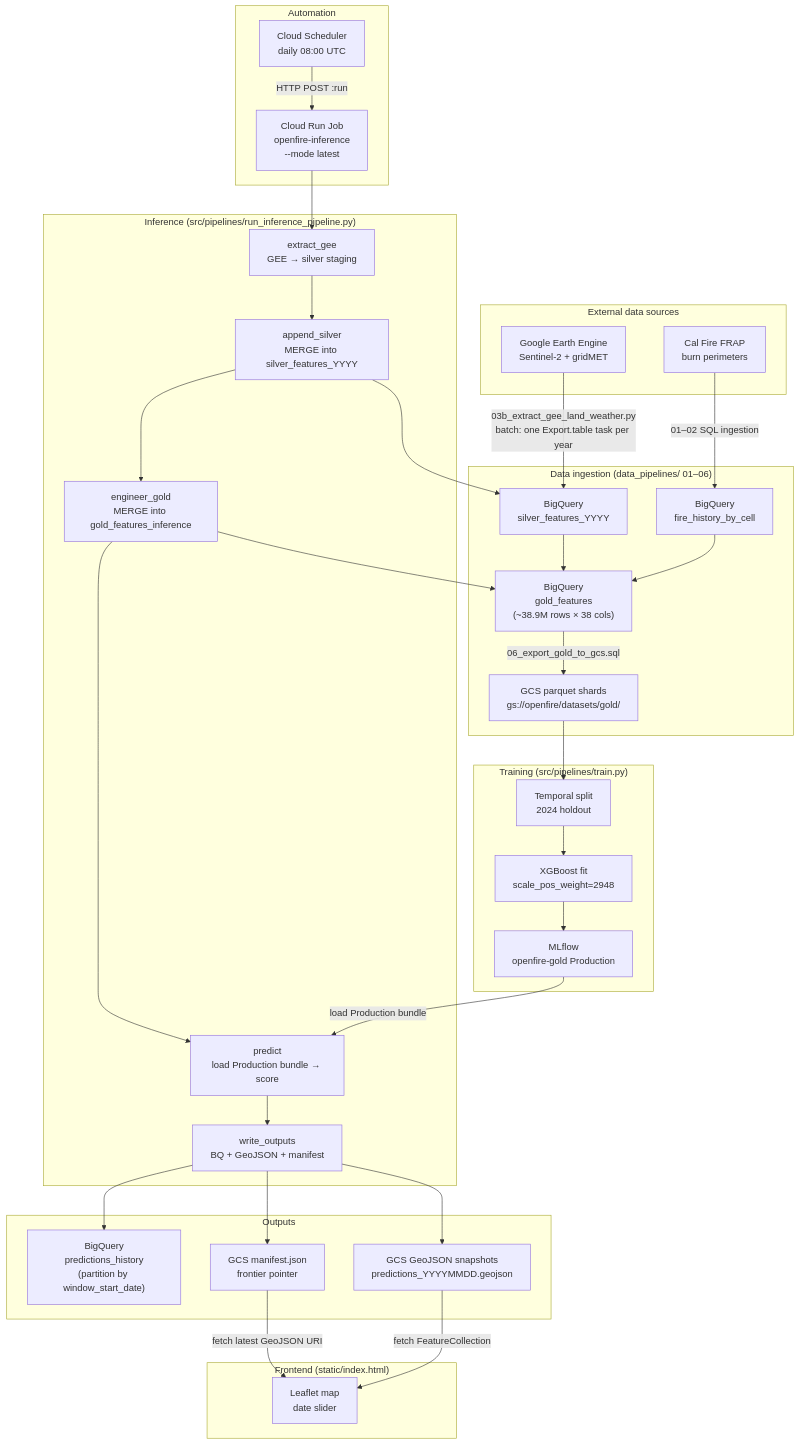
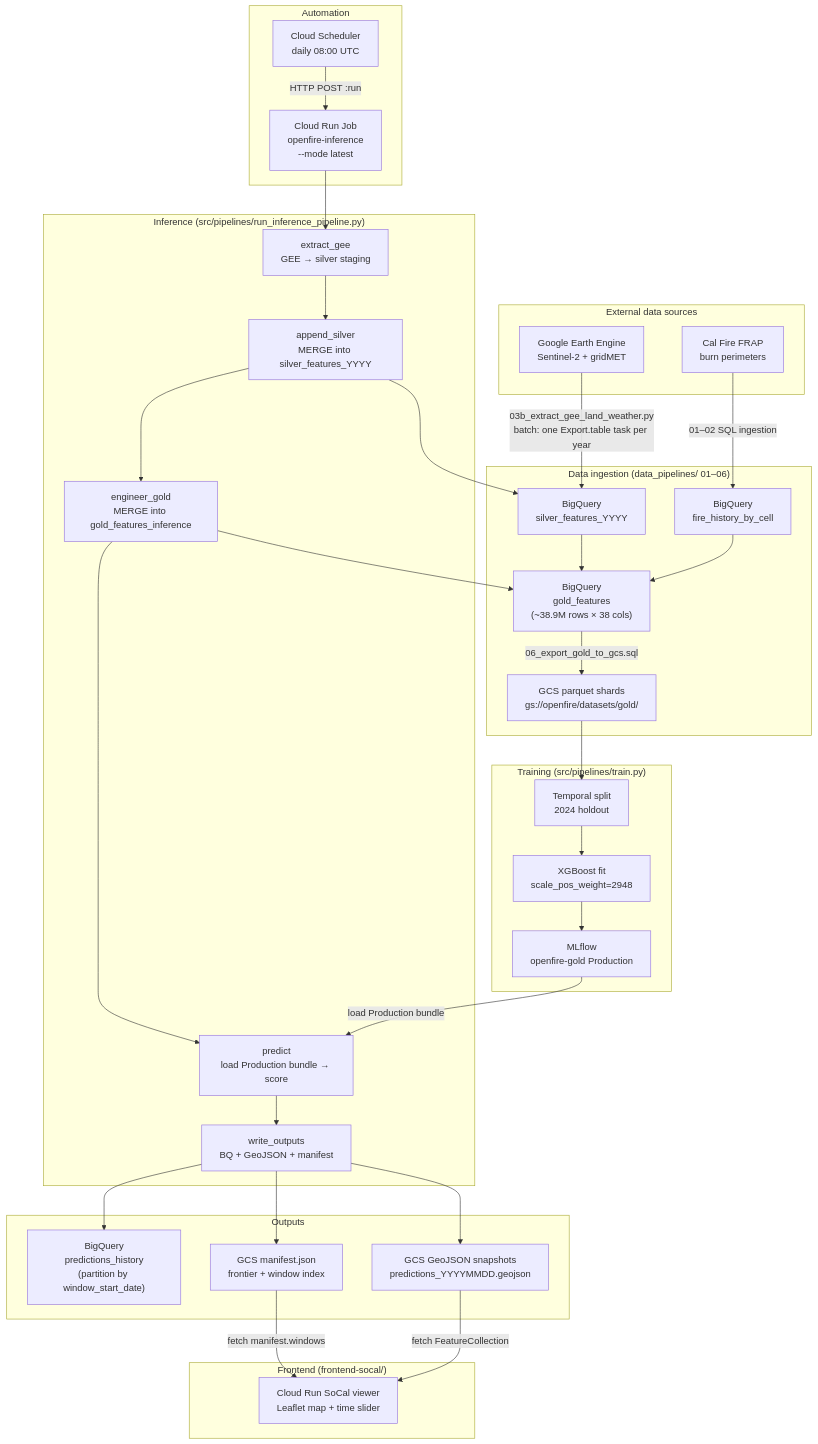
Before and after one commit to tkovalcik/openfire: the diagram in docs/ARCHITECTURE.md, drawn with Mermaid. The commit also changed other lines of this file, not shown here.

Commit message:
Update architecture for SoCal UI deployment

````diff
--- a/docs/ARCHITECTURE.md
+++ b/docs/ARCHITECTURE.md
@@ -9,63 +9,63 @@
 ```mermaid
 flowchart TD
     subgraph Sources["External data sources"]
         GEE["Google Earth Engine\nSentinel-2 + gridMET"]
         FRAP["Cal Fire FRAP\nburn perimeters"]
     end
 
     subgraph Ingest["Data ingestion  (data_pipelines/ 01–06)"]
         silver["BigQuery\nsilver_features_YYYY"]
         fire["BigQuery\nfire_history_by_cell"]
         gold_bq["BigQuery\ngold_features\n(~38.9M rows × 38 cols)"]
         gold_gcs["GCS parquet shards\ngs://openfire/datasets/gold/"]
     end
 
     subgraph Train["Training  (src/pipelines/train.py)"]
         split["Temporal split\n2024 holdout"]
         xgb["XGBoost fit\nscale_pos_weight=2948"]
         mlflow["MLflow\nopenfire-gold Production"]
     end
 
     subgraph Infer["Inference  (src/pipelines/run_inference_pipeline.py)"]
         ext["extract_gee\nGEE → silver staging"]
         app["append_silver\nMERGE into silver_features_YYYY"]
         eng["engineer_gold\nMERGE into gold_features_inference"]
         pred["predict\nload Production bundle → score"]
         out["write_outputs\nBQ + GeoJSON + manifest"]
     end
 
     subgraph Outputs["Outputs"]
         bq_pred["BigQuery\npredictions_history\n(partition by window_start_date)"]
         geojson["GCS GeoJSON snapshots\npredictions_YYYYMMDD.geojson"]
-        manifest["GCS manifest.json\nfrontier pointer"]
+        manifest["GCS manifest.json\nfrontier + window index"]
     end
 
-    subgraph Frontend["Frontend  (static/index.html)"]
-        ui["Leaflet map\ndate slider"]
+    subgraph Frontend["Frontend  (frontend-socal/)"]
+        ui["Cloud Run SoCal viewer\nLeaflet map + time slider"]
     end
 
     subgraph Scheduler["Automation"]
         sched["Cloud Scheduler\ndaily 08:00 UTC"]
         crj["Cloud Run Job\nopenfire-inference\n--mode latest"]
     end
 
     GEE -->|"03b_extract_gee_land_weather.py\nbatch: one Export.table task per year"| silver
     FRAP -->|"01–02 SQL ingestion"| fire
     silver --> gold_bq
     fire --> gold_bq
     gold_bq -->|"06_export_gold_to_gcs.sql"| gold_gcs
 
     gold_gcs --> split --> xgb --> mlflow
 
     sched -->|"HTTP POST :run"| crj
     crj --> ext --> app --> eng --> pred --> out
     mlflow -->|"load Production bundle"| pred
     app --> silver
     eng --> gold_bq
 
     out --> bq_pred
     out --> geojson
     out --> manifest
-    manifest -->|"fetch latest GeoJSON URI"| ui
+    manifest -->|"fetch manifest.windows"| ui
     geojson -->|"fetch FeatureCollection"| ui
 ```
````
